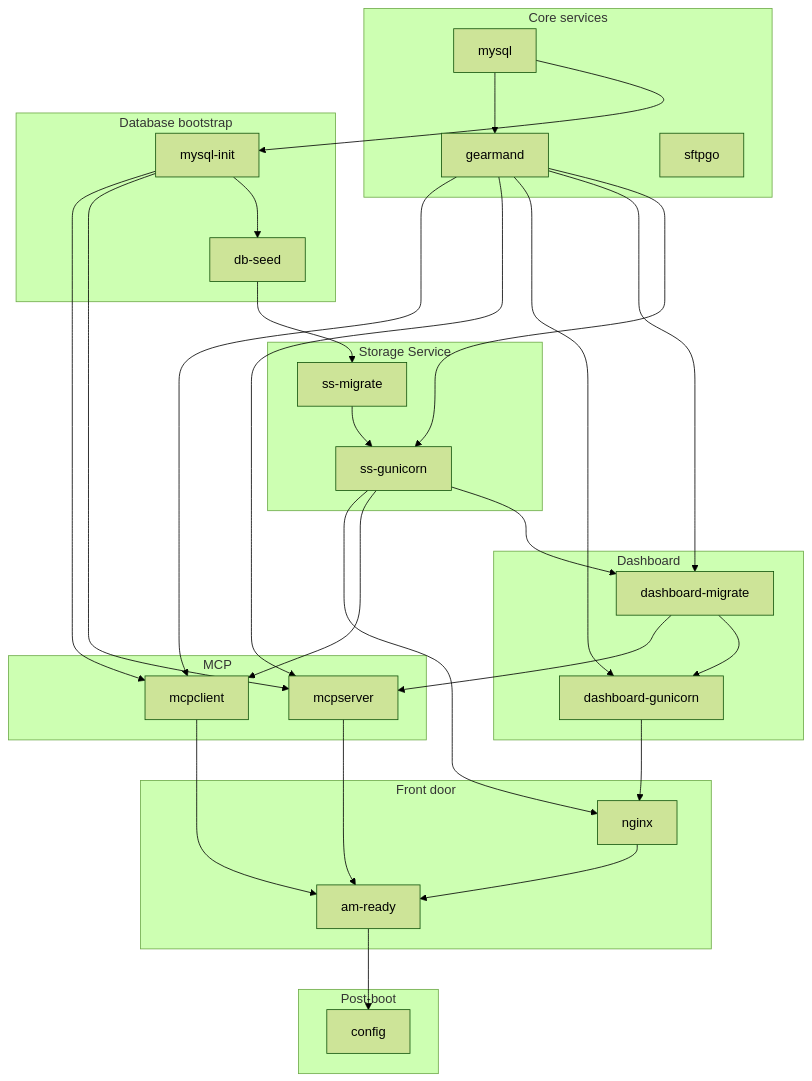
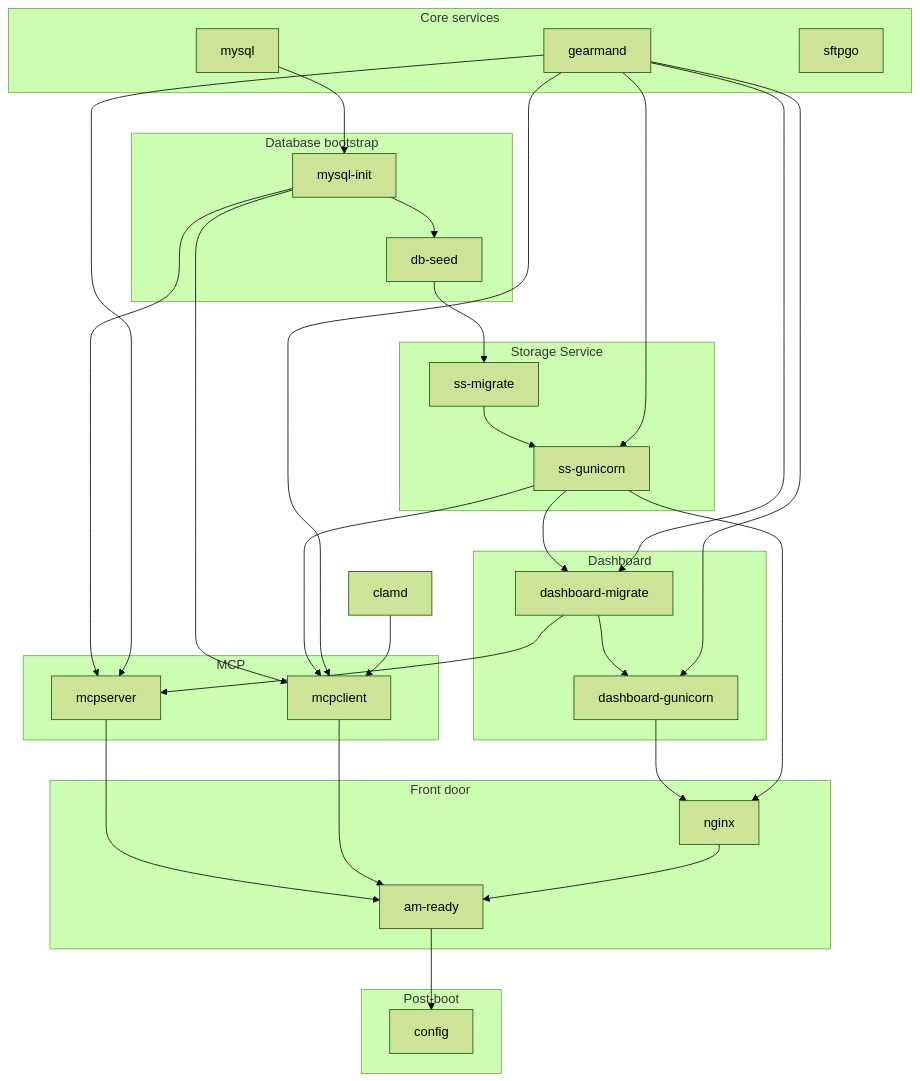
One commit to sevein/ambox changed the diagram in hack/box/README.md. Above: the diagram before and after it, drawn with Mermaid (forest theme). The commit also changed other lines of this file and 7 other files, not shown here.

````diff
--- a/hack/box/README.md
+++ b/hack/box/README.md
@@ -153,68 +153,68 @@
 ```mermaid
 flowchart TB
   subgraph Core[Core services]
     mysql[mysql]
     gearmand[gearmand]
     sftpgo[sftpgo]
   end
 
   subgraph Bootstrap[Database bootstrap]
     mysql_init[mysql-init]
     db_seed[db-seed]
   end
 
   subgraph SS[Storage Service]
     ss_migrate[ss-migrate]
     ss_gunicorn[ss-gunicorn]
   end
 
   subgraph Dash[Dashboard]
     dashboard_migrate[dashboard-migrate]
     dashboard_gunicorn[dashboard-gunicorn]
   end
 
   subgraph MCP[MCP]
     mcpserver[mcpserver]
     mcpclient[mcpclient]
   end
 
   subgraph Front[Front door]
     nginx[nginx]
     am_ready[am-ready]
   end
 
   subgraph Post[Post-boot]
     config[config]
   end
 
   %% Core deps
   mysql --> mysql_init --> db_seed
-  mysql --> gearmand
 
   %% Storage Service
   db_seed --> ss_migrate --> ss_gunicorn
   gearmand --> ss_gunicorn
 
   %% Dashboard
   ss_gunicorn --> dashboard_migrate --> dashboard_gunicorn
   gearmand --> dashboard_migrate
   gearmand --> dashboard_gunicorn
 
   %% MCP
   mysql_init --> mcpserver
   dashboard_migrate --> mcpserver
   gearmand --> mcpserver
   mysql_init --> mcpclient
   ss_gunicorn --> mcpclient
   gearmand --> mcpclient
+  clamd --> mcpclient
 
   %% Nginx + readiness marker
   dashboard_gunicorn --> nginx
   ss_gunicorn --> nginx
   mcpserver --> am_ready
   mcpclient --> am_ready
   nginx --> am_ready
 
   %% Post-boot config
   am_ready --> config
 ```
````
